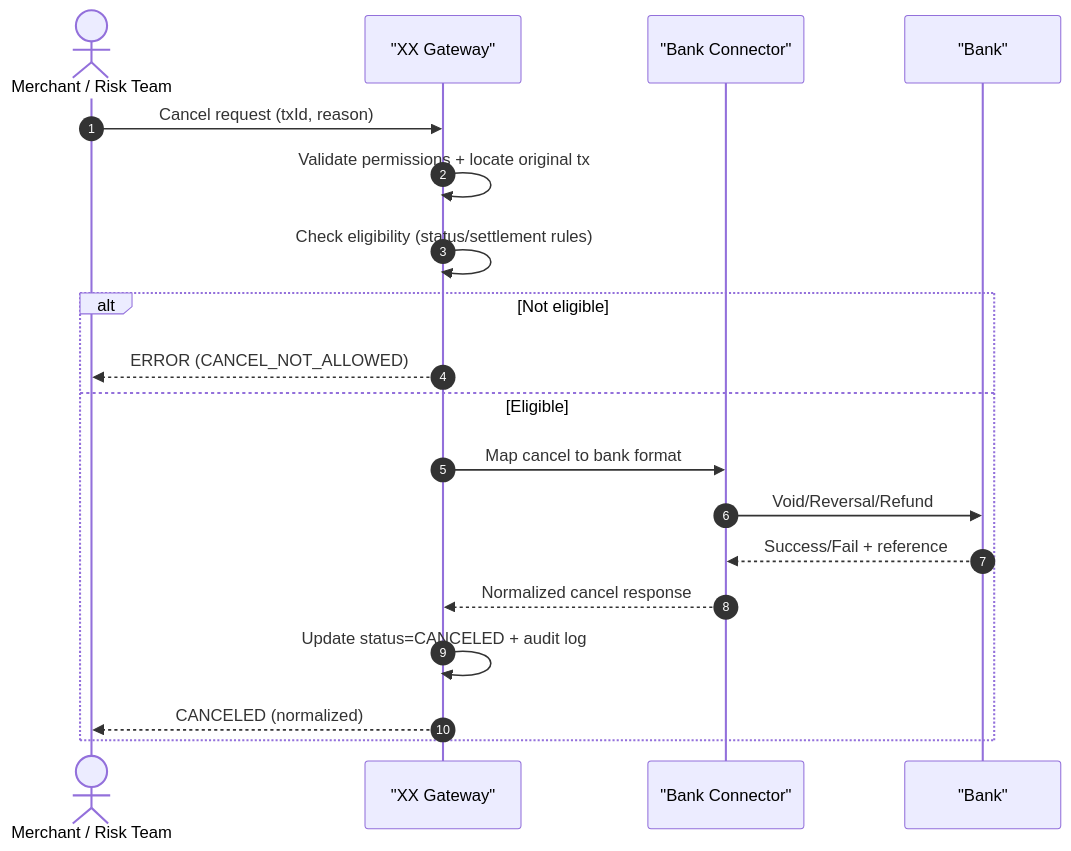
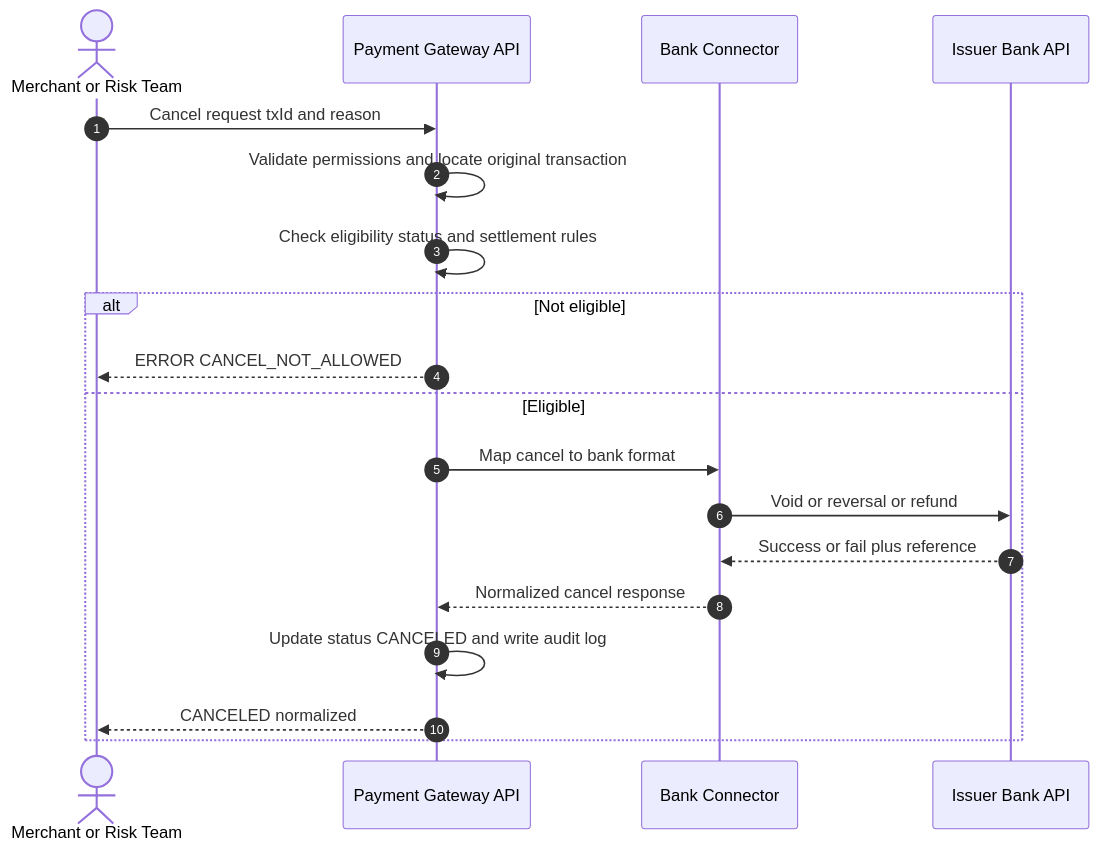
Before and after one commit to pipicodes/secure-gateway-reference-design: the second of 3 diagrams in README.md, drawn with Mermaid. The commit also changed other lines of this file, not shown here.

````diff
--- a/README.md
+++ b/README.md
@@ -73,23 +73,23 @@
 ```mermaid
 sequenceDiagram
 autonumber
-actor RM as Merchant / Risk Team
-participant GW as "XX Gateway"
-participant BC as "Bank Connector"
-participant BK as "Bank"
+actor RM as Merchant or Risk Team
+participant GW as Payment Gateway API
+participant BC as Bank Connector
+participant Bank as Issuer Bank API
 
-RM->>GW: Cancel request (txId, reason)
-GW->>GW: Validate permissions + locate original tx
-GW->>GW: Check eligibility (status/settlement rules)
+RM->>GW: Cancel request txId and reason
+GW->>GW: Validate permissions and locate original transaction
+GW->>GW: Check eligibility status and settlement rules
 
 alt Not eligible
-  GW-->>RM: ERROR (CANCEL_NOT_ALLOWED)
+  GW-->>RM: ERROR CANCEL_NOT_ALLOWED
 else Eligible
   GW->>BC: Map cancel to bank format
-  BC->>BK: Void/Reversal/Refund
-  BK-->>BC: Success/Fail + reference
+  BC->>Bank: Void or reversal or refund
+  Bank-->>BC: Success or fail plus reference
   BC-->>GW: Normalized cancel response
-  GW->>GW: Update status=CANCELED + audit log
-  GW-->>RM: CANCELED (normalized)
+  GW->>GW: Update status CANCELED and write audit log
+  GW-->>RM: CANCELED normalized
 end
 ```
````
